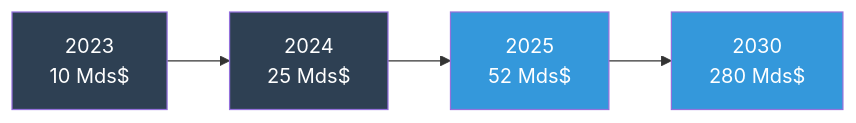
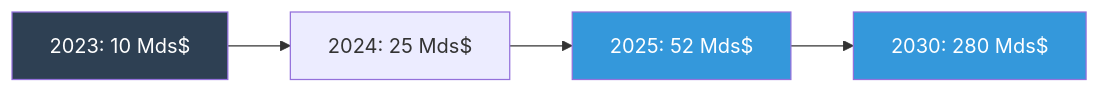
One commit to kl-IOS/IA_Locale changed the first of 3 diagrams in claude/presentation_corporate.md. Above: the diagram before and after it, drawn with Mermaid. The commit also changed other lines of this file and 16 other files, not shown here.

````diff
--- a/claude/presentation_corporate.md
+++ b/claude/presentation_corporate.md
@@ -66,11 +68,10 @@
 ```mermaid
 graph LR
-    A[2023<br/>10 Mds$] --> B[2024<br/>25 Mds$]
-    B --> C[2025<br/>52 Mds$]
-    C --> D[2030<br/>280 Mds$]
+    A[2023: 10 Mds$] --> B[2024: 25 Mds$]
+    B --> C[2025: 52 Mds$]
+    C --> D[2030: 280 Mds$]
 
     style A fill:#2E4053,color:#fff
-    style B fill:#2E4053,color:#fff
     style C fill:#3498DB,color:#fff
     style D fill:#3498DB,color:#fff
 ```
````
